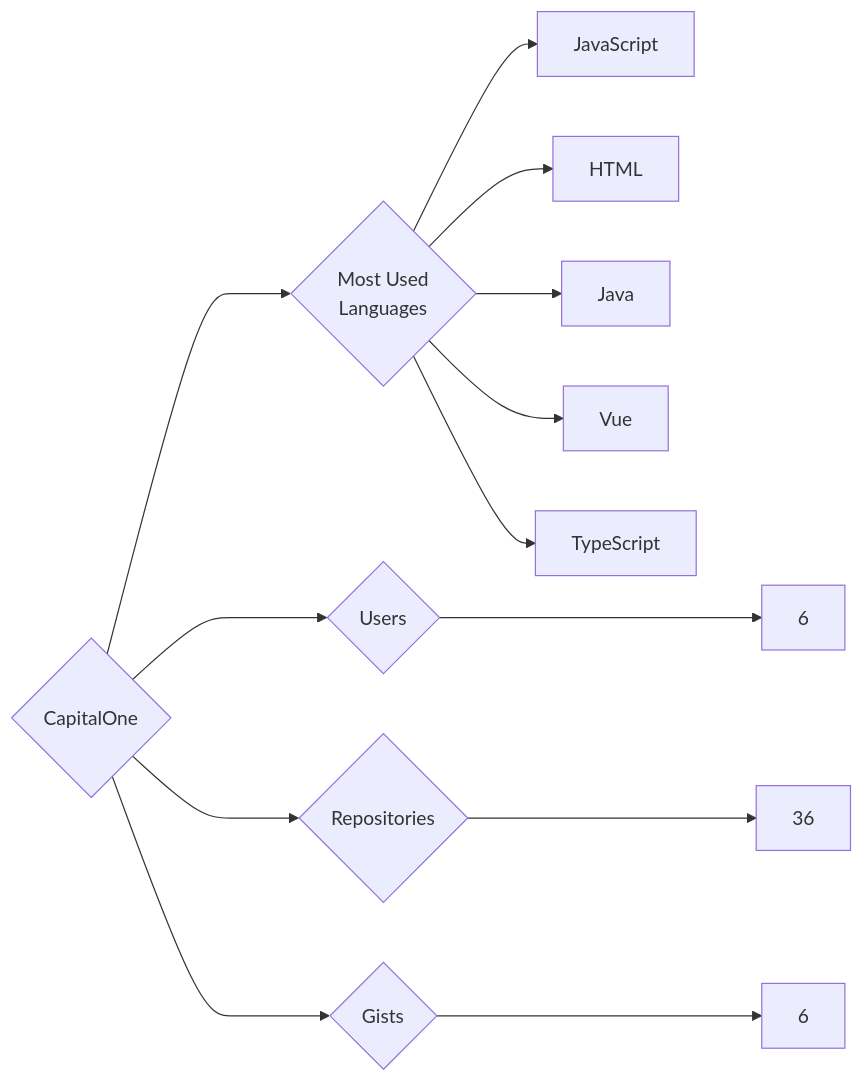
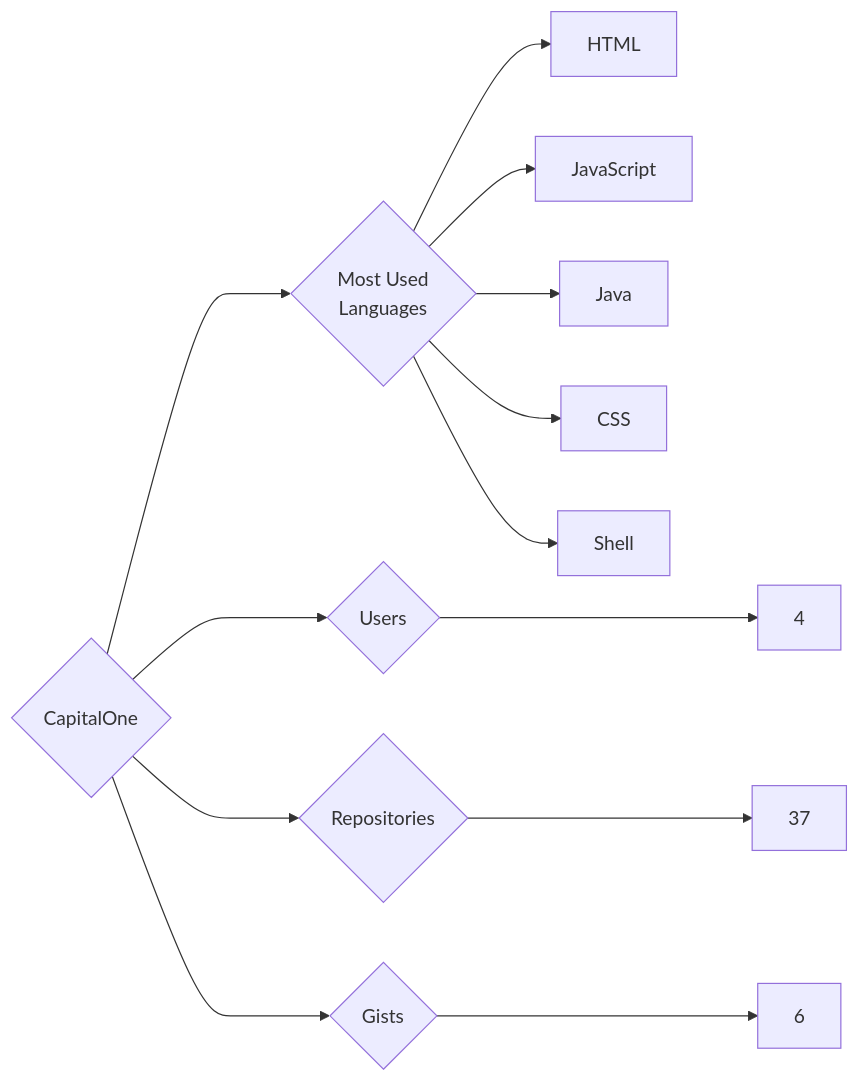
The diagram in targets/CapitalOne/README.md (trickest/insiders), drawn with Mermaid before and after one commit. The commit also changed 938 other files, not shown here.

````diff
--- a/targets/CapitalOne/README.md
+++ b/targets/CapitalOne/README.md
@@ -3,13 +3,13 @@
 ```mermaid
 graph LR
 COMPANY_NAME{CapitalOne}
-COMPANY_NAME ---> U{Users} ---> UN[6]
-COMPANY_NAME ---> R{Repositories} ---> RN[36]
+COMPANY_NAME ---> U{Users} ---> UN[4]
+COMPANY_NAME ---> R{Repositories} ---> RN[37]
 COMPANY_NAME ---> G{Gists} ---> GN[6]
 COMPANY_NAME ---> ML{Most Used<br>Languages}
+ML --> HTML[HTML]
 ML --> JavaScript[JavaScript]
-ML --> HTML[HTML]
 ML --> Java[Java]
-ML --> Vue[Vue]
-ML --> TypeScript[TypeScript]
+ML --> CSS[CSS]
+ML --> Shell[Shell]
 ```
````
